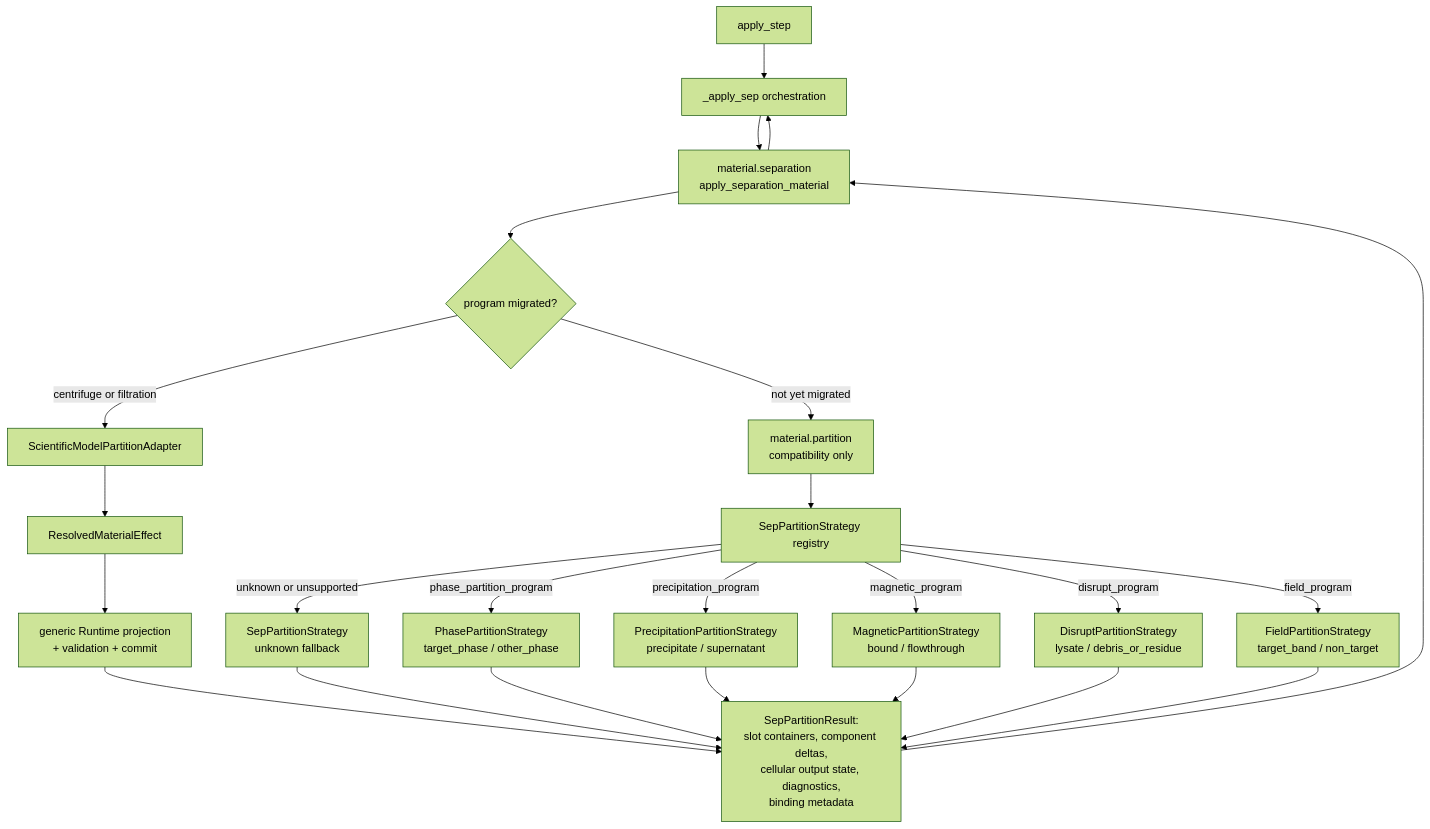
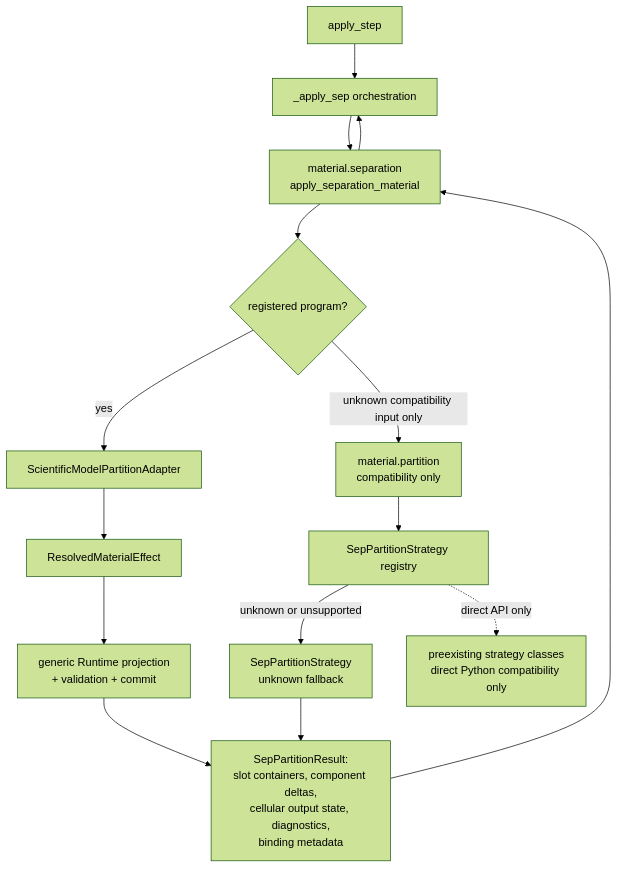
One commit to culsma/culsma changed the eighth of 13 diagrams in docs/architecture/runtime_module_diagrams.md. Above: the diagram before and after it, drawn with Mermaid (forest theme). The commit also changed other lines of this file and 16 other files, not shown here.

````diff
--- a/docs/architecture/runtime_module_diagrams.md
+++ b/docs/architecture/runtime_module_diagrams.md
@@ -581,41 +582,28 @@
 ```mermaid
 flowchart TB
     Apply["apply_step"]
     Sep["_apply_sep orchestration"]
     Separation["material.separation<br/>apply_separation_material"]
-    Gate{"program migrated?"}
+    Gate{"registered program?"}
     Adapter["ScientificModelPartitionAdapter"]
     Effect["ResolvedMaterialEffect"]
     Project["generic Runtime projection<br/>+ validation + commit"]
     Legacy["material.partition<br/>compatibility only"]
     Registry["SepPartitionStrategy registry"]
     Default["SepPartitionStrategy<br/>unknown fallback"]
-    Phase["PhasePartitionStrategy<br/>target_phase / other_phase"]
-    Precip["PrecipitationPartitionStrategy<br/>precipitate / supernatant"]
-    Magnetic["MagneticPartitionStrategy<br/>bound / flowthrough"]
-    Disrupt["DisruptPartitionStrategy<br/>lysate / debris_or_residue"]
-    Field["FieldPartitionStrategy<br/>target_band / non_target"]
+    Compat["preexisting strategy classes<br/>direct Python compatibility only"]
     Result["SepPartitionResult:<br/>slot containers, component deltas,<br/>cellular output state, diagnostics,<br/>binding metadata"]
 
     Apply --> Sep
     Sep --> Separation
     Separation --> Gate
-    Gate -->|centrifuge or filtration| Adapter
+    Gate -->|yes| Adapter
     Adapter --> Effect --> Project --> Result
-    Gate -->|not yet migrated| Legacy
+    Gate -->|unknown compatibility input only| Legacy
     Legacy --> Registry
     Registry -->|unknown or unsupported| Default
-    Registry -->|phase_partition_program| Phase
-    Registry -->|precipitation_program| Precip
-    Registry -->|magnetic_program| Magnetic
-    Registry -->|disrupt_program| Disrupt
-    Registry -->|field_program| Field
+    Registry -. direct API only .-> Compat
     Default --> Result
-    Phase --> Result
-    Precip --> Result
-    Magnetic --> Result
-    Disrupt --> Result
-    Field --> Result
     Result --> Separation
     Separation --> Sep
 ```
````
